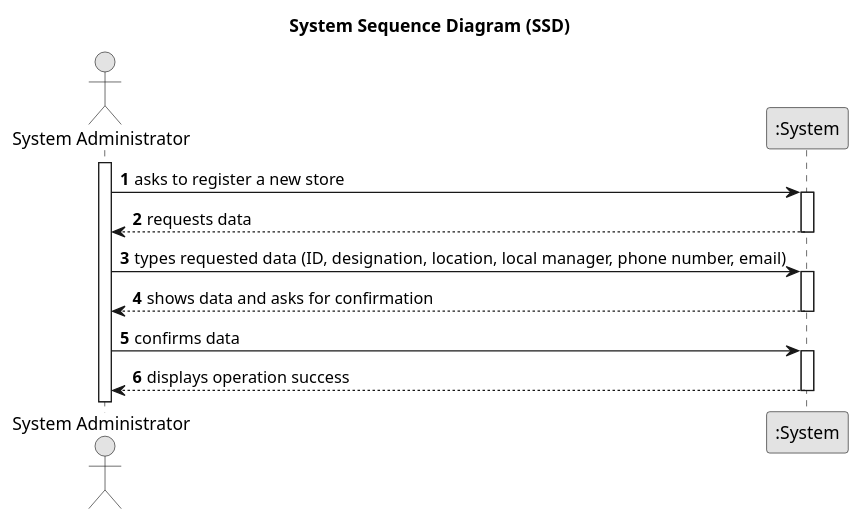
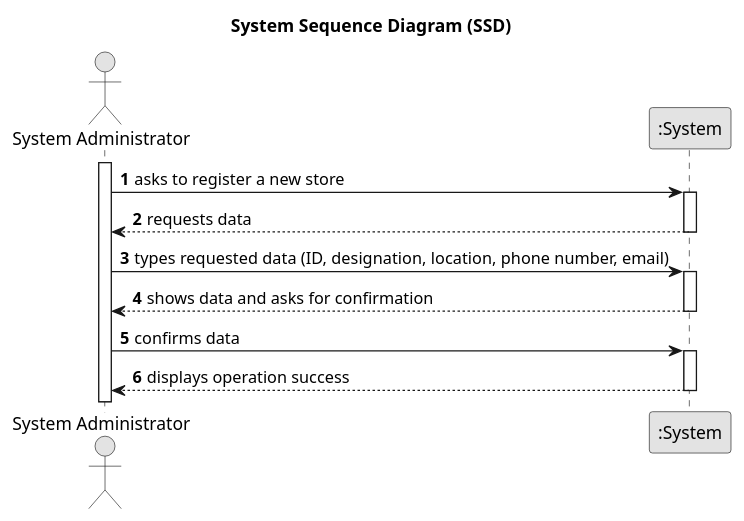
The diagram in docs/sprintA/us005/01.requirements-engineering/puml/us005-system-sequence-diagram.puml (rita-barbosa/LAPR2-2223), drawn with PlantUML before and after one commit. The commit also changed 5 other files, not shown here.

```diff
--- a/docs/sprintA/us005/01.requirements-engineering/puml/us005-system-sequence-diagram.puml
+++ b/docs/sprintA/us005/01.requirements-engineering/puml/us005-system-sequence-diagram.puml
@@ -1,34 +1,34 @@
 @startuml
 skinparam monochrome true
 skinparam packageStyle rectangle
 skinparam shadowing false
 
 title System Sequence Diagram (SSD)
 
 autonumber
 
 actor "System Administrator" as Employee
 participant ":System" as System
 
 activate Employee
 
     Employee -> System : asks to register a new store
     activate System
 
         System --> Employee : requests data
     deactivate System
 
-    Employee -> System : types requested data (ID, designation, location, local manager, phone number, email)
+    Employee -> System : types requested data (ID, designation, location, phone number, email)
     activate System
 
         System --> Employee : shows data and asks for confirmation
     deactivate System
 
 
     Employee -> System : confirms data
     activate System
 
         System --> Employee : displays operation success
     deactivate System
 
 @enduml
```
